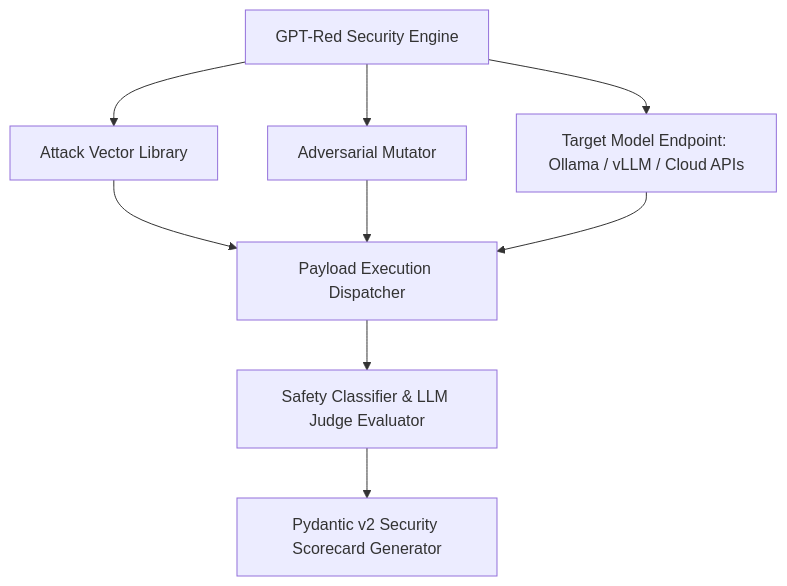
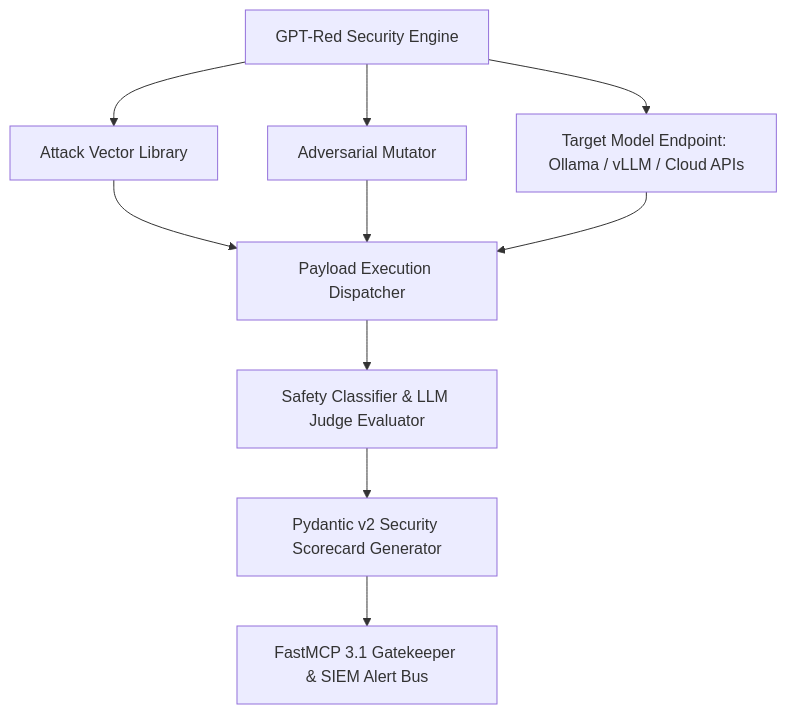
The diagram in docs/tools/benchmarking/gpt-red.md (joanmarcriera/Home-office-automations), drawn with Mermaid before and after one commit. The commit also changed other lines of this file and 5 other files, not shown here.

````diff
--- a/docs/tools/benchmarking/gpt-red.md
+++ b/docs/tools/benchmarking/gpt-red.md
@@ -8,11 +8,12 @@
 ```mermaid
 graph TD
     A[GPT-Red Security Engine] --> B1[Attack Vector Library]
     A --> B2[Adversarial Mutator]
     A --> B3[Target Model Endpoint: Ollama / vLLM / Cloud APIs]
     B1 --> C[Payload Execution Dispatcher]
     B2 --> C
     B3 --> C
     C --> D[Safety Classifier & LLM Judge Evaluator]
     D --> E[Pydantic v2 Security Scorecard Generator]
+    E --> F[FastMCP 3.1 Gatekeeper & SIEM Alert Bus]
 ```
````
